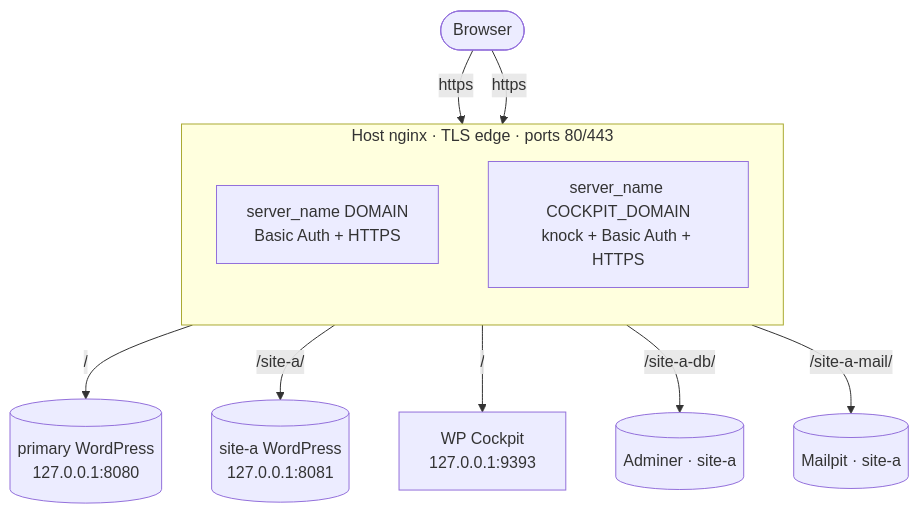
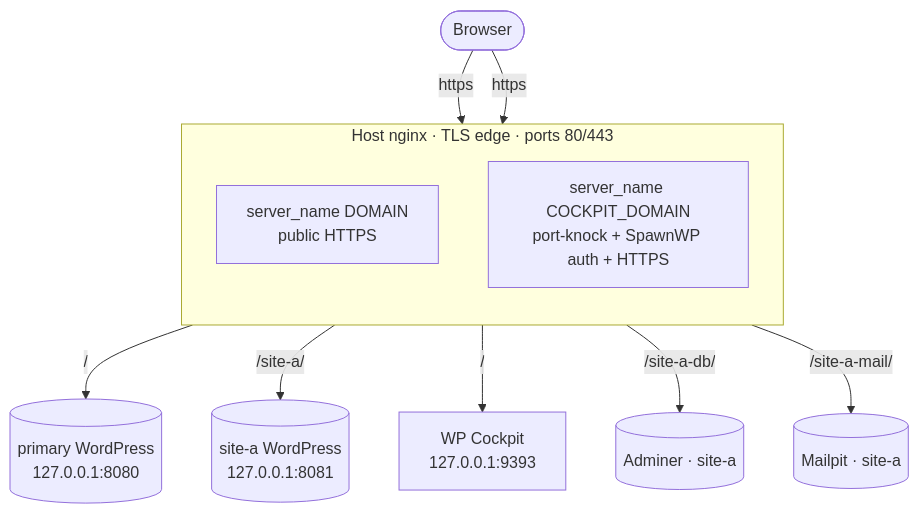
Before and after one commit to tts-empire/spawnwp: the first of 2 diagrams in docs/architecture.md, drawn with Mermaid. The commit also changed other lines of this file and 45 other files, not shown here.

````diff
--- a/docs/architecture.md
+++ b/docs/architecture.md
@@ -8,18 +8,18 @@
 ```mermaid
 flowchart TB
     user([Browser])
     subgraph edge[Host nginx · TLS edge · ports 80/443]
         direction TB
-        develVH[server_name DOMAIN<br/>Basic Auth + HTTPS]
-        cockpitVH[server_name COCKPIT_DOMAIN<br/>knock + Basic Auth + HTTPS]
+        develVH[server_name DOMAIN<br/>public HTTPS]
+        cockpitVH[server_name COCKPIT_DOMAIN<br/>port-knock + SpawnWP auth + HTTPS]
     end
     user -->|https| develVH
     user -->|https| cockpitVH
 
     develVH -->|/| primary[(primary WordPress<br/>127.0.0.1:8080)]
     develVH -->|/site-a/| siteA[(site-a WordPress<br/>127.0.0.1:8081)]
 
     cockpitVH -->|/| cockpit[WP Cockpit<br/>127.0.0.1:9393]
     cockpitVH -->|/site-a-db/| adminer[(Adminer · site-a)]
     cockpitVH -->|/site-a-mail/| mailpit[(Mailpit · site-a)]
 ```
````
